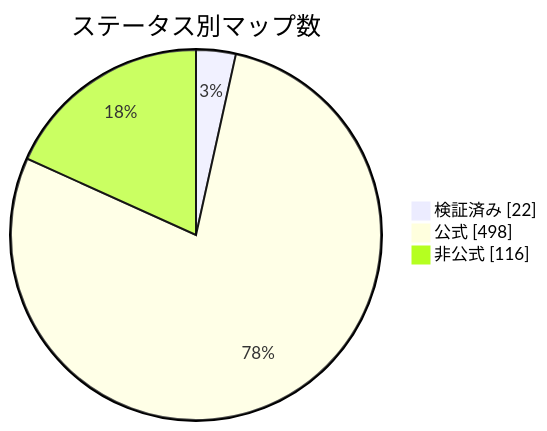
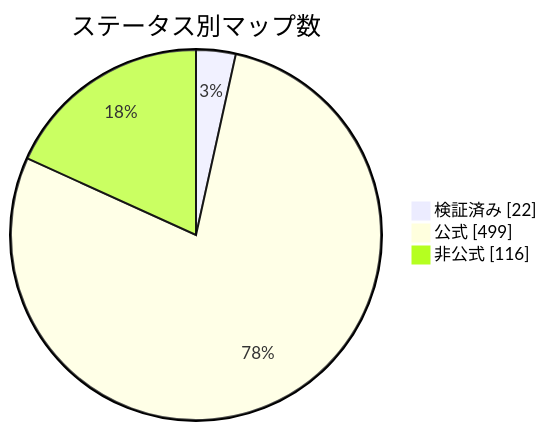
Before and after one commit to nobrega8/mbmap-library: the diagram in docs/readme/README_JP.md, drawn with Mermaid. The commit also changed 6 other files, not shown here.

````diff
--- a/docs/readme/README_JP.md
+++ b/docs/readme/README_JP.md
@@ -54,7 +54,7 @@
 ```mermaid
 pie showData
     title ステータス別マップ数
     "検証済み" : 22
-    "公式" : 498
+    "公式" : 499
     "非公式" : 116
 ```
````
